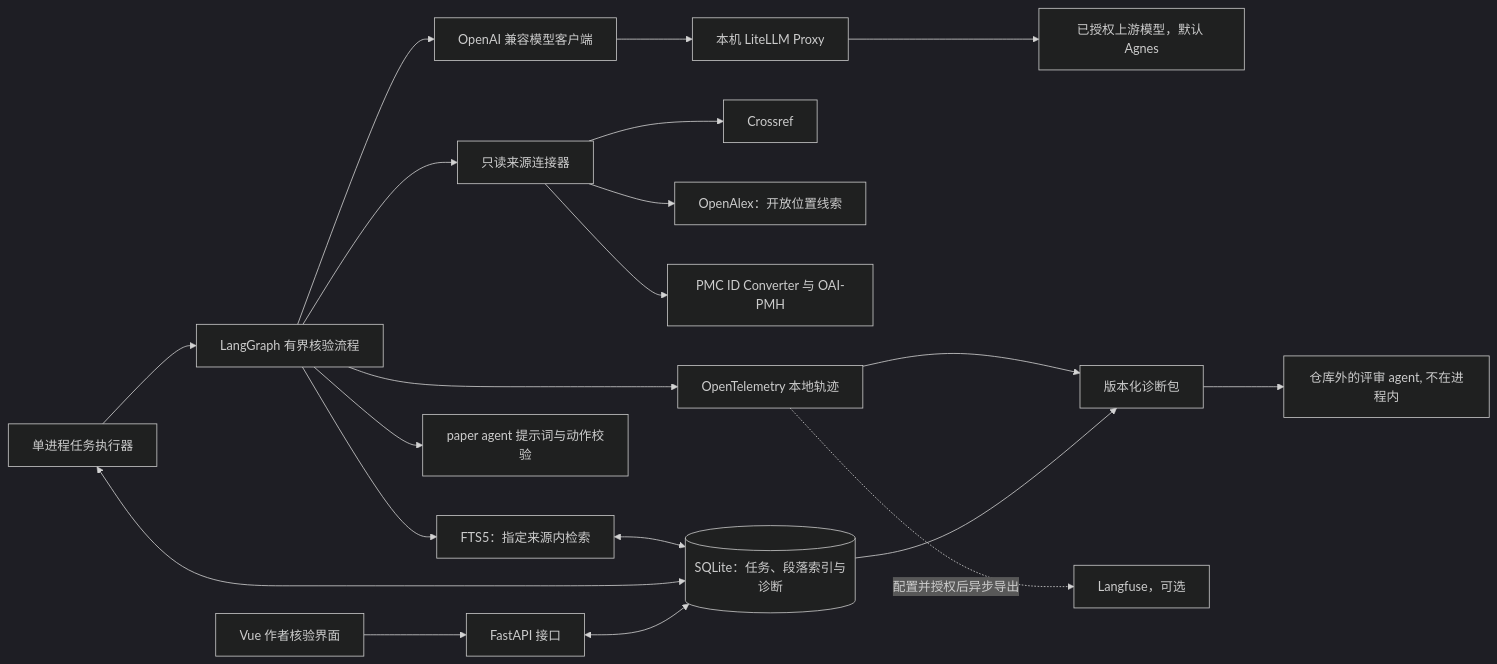
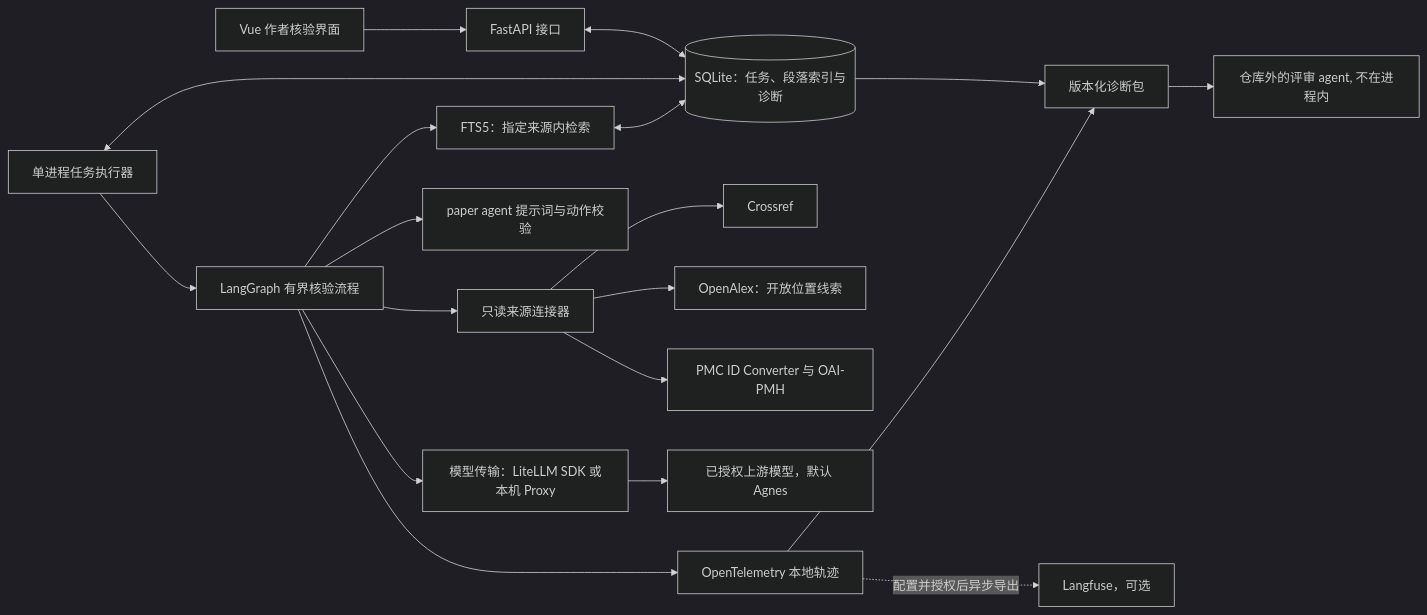
One commit to wynxing/paper-evidence-agent changed the first of 4 diagrams in docs/architecture.md. Above: the diagram before and after it, drawn with Mermaid (dark theme). The commit also changed other lines of this file and 6 other files, not shown here.

````diff
--- a/docs/architecture.md
+++ b/docs/architecture.md
@@ -16,22 +16,21 @@
 ```mermaid
 flowchart LR
     UI["Vue 作者核验界面"] --> API["FastAPI 接口"]
     API <--> DB[("SQLite：任务、段落索引与诊断")]
     Worker["单进程任务执行器"] <--> DB
     Worker --> Graph["LangGraph 有界核验流程"]
     Graph --> Sources["只读来源连接器"]
     Sources --> Crossref["Crossref"]
     Sources --> OpenAlex["OpenAlex：开放位置线索"]
     Sources --> PMC["PMC ID Converter 与 OAI-PMH"]
     Graph --> Search["FTS5：指定来源内检索"]
     Search <--> DB
     Graph --> Paper["paper agent 提示词与动作校验"]
-    Graph --> Client["OpenAI 兼容模型客户端"]
-    Client --> Proxy["本机 LiteLLM Proxy"]
-    Proxy --> Model["已授权上游模型，默认 Agnes"]
+    Graph --> Client["模型传输：LiteLLM SDK 或本机 Proxy"]
+    Client --> Model["已授权上游模型，默认 Agnes"]
     Graph --> Trace["OpenTelemetry 本地轨迹"]
     DB --> Packet["版本化诊断包"]
     Trace --> Packet
     Trace -. "配置并授权后异步导出" .-> LF["Langfuse，可选"]
     Packet --> External["仓库外的评审 agent, 不在进程内"]
 ```
````
